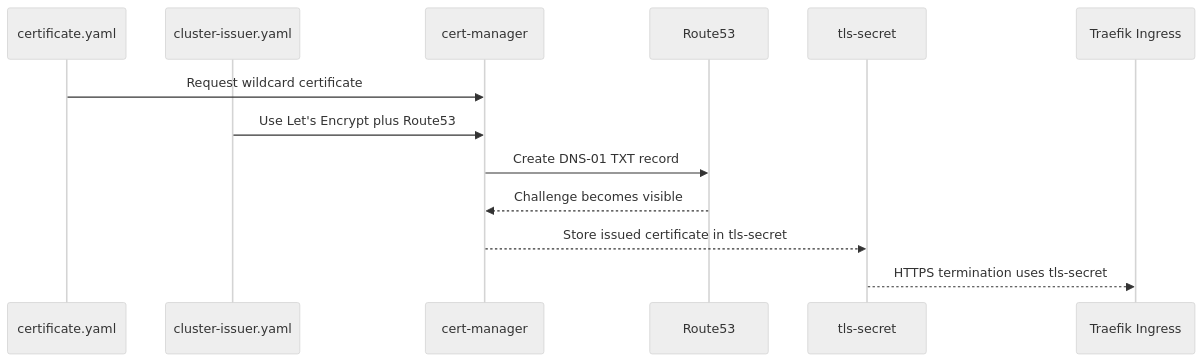
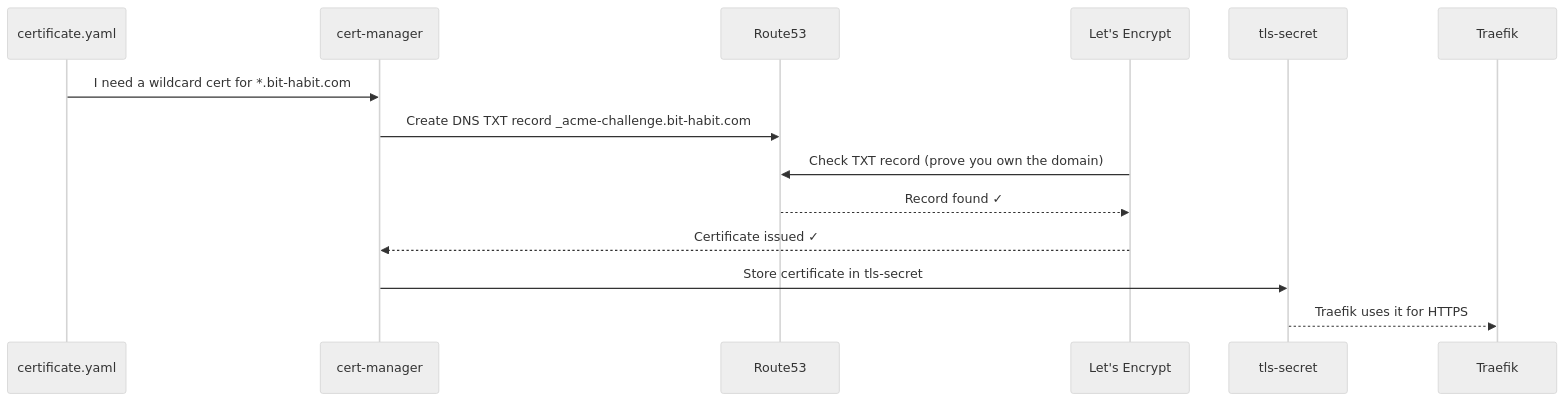
Before and after one commit to bookseal/bit-habit-infra: the tenth of 14 diagrams in README.md, drawn with Mermaid (neutral theme). The commit also changed other lines of this file, not shown here.

````diff
--- a/README.md
+++ b/README.md
@@ -483,16 +476,17 @@
 ```mermaid
 sequenceDiagram
-    participant Cert as certificate.yaml
-    participant Issuer as cluster-issuer.yaml
+    participant You as certificate.yaml
     participant CM as cert-manager
-    participant AWS as Route53
+    participant R53 as Route53
+    participant LE as Let's Encrypt
     participant Secret as tls-secret
-    participant Ingress as Traefik Ingress
+    participant T as Traefik
 
-    Cert->>CM: Request wildcard certificate
-    Issuer->>CM: Use Let's Encrypt plus Route53
-    CM->>AWS: Create DNS-01 TXT record
-    AWS-->>CM: Challenge becomes visible
-    CM-->>Secret: Store issued certificate in tls-secret
-    Secret-->>Ingress: HTTPS termination uses tls-secret
+    You->>CM: I need a wildcard cert for *.bit-habit.com
+    CM->>R53: Create DNS TXT record _acme-challenge.bit-habit.com
+    LE->>R53: Check TXT record (prove you own the domain)
+    R53-->>LE: Record found ✓
+    LE-->>CM: Certificate issued ✓
+    CM->>Secret: Store certificate in tls-secret
+    Secret-->>T: Traefik uses it for HTTPS
 ```
````
